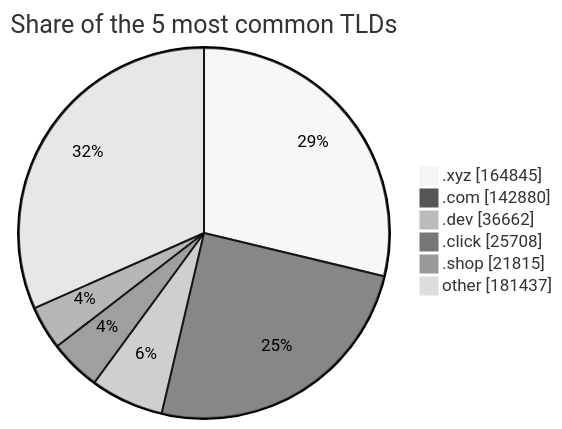
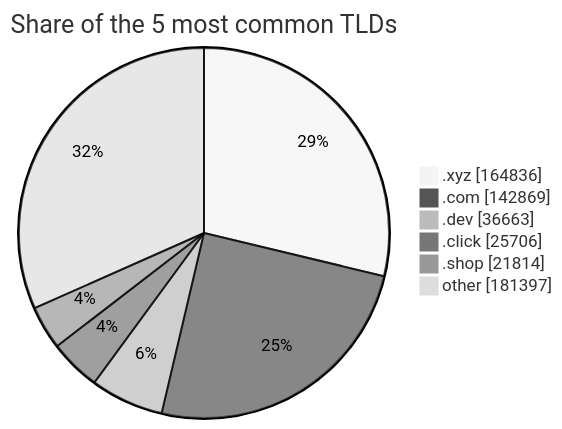
Before and after one commit to DNSBunker/CTI: the third of 3 diagrams in README.md, drawn with Mermaid (neutral theme). The commit also changed other lines of this file and 3 other files, not shown here.

````diff
--- a/README.md
+++ b/README.md
@@ -81,9 +81,9 @@
 ```mermaid
 pie showData title Share of the 5 most common TLDs
-    ".xyz" : 164845
-    ".com" : 142880
-    ".dev" : 36662
-    ".click" : 25708
-    ".shop" : 21815
-    "other" : 181437
+    ".xyz" : 164836
+    ".com" : 142869
+    ".dev" : 36663
+    ".click" : 25706
+    ".shop" : 21814
+    "other" : 181397
 ```
````
